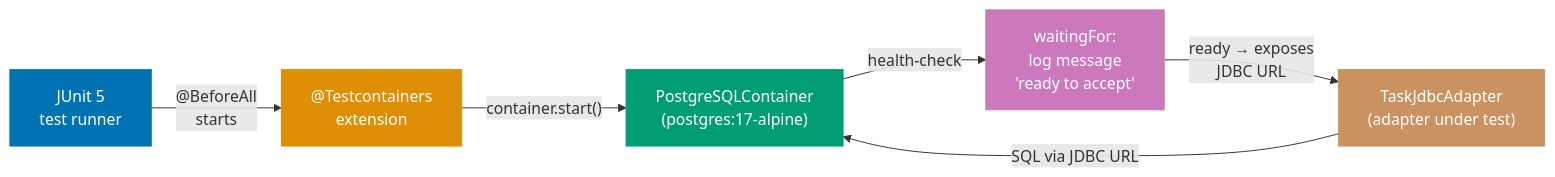
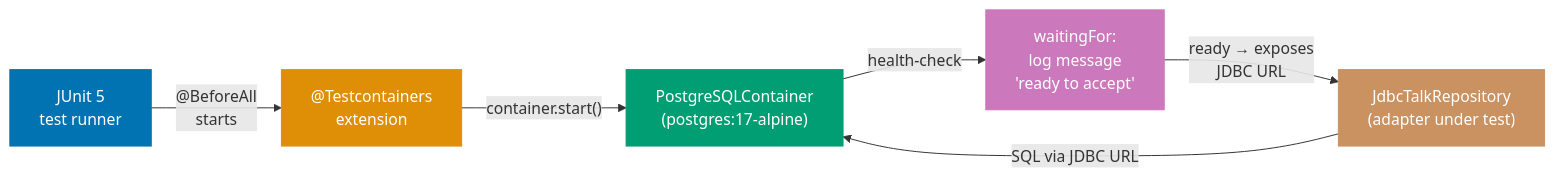
The first of 2 diagrams in apps/ayokoding-web/content/en/learn/software-engineering/architecture/ddd-hexagonal-in-practice/oop-in-the-field/advanced.md (wahidyankf/open-sharia-enterprise), drawn with Mermaid before and after one commit. The commit also changed other lines of this file and 11 other files, not shown here.

````diff
--- a/apps/ayokoding-web/content/en/learn/software-engineering/architecture/ddd-hexagonal-in-practice/oop-in-the-field/advanced.md
+++ b/apps/ayokoding-web/content/en/learn/software-engineering/architecture/ddd-hexagonal-in-practice/oop-in-the-field/advanced.md
@@ -84,20 +93,20 @@
 ```mermaid
 flowchart LR
     jvm["JUnit 5\ntest runner"]:::blue
     tc["@Testcontainers\nextension"]:::orange
     pg["PostgreSQLContainer\n(postgres:17-alpine)"]:::teal
     probe["waitingFor:\nlog message\n'ready to accept'"]:::purple
-    adapter["TaskJdbcAdapter\n(adapter under test)"]:::brown
+    adapter["JdbcTalkRepository\n(adapter under test)"]:::brown
 
     jvm -->|"@BeforeAll\nstarts"| tc
     tc -->|"container.start()"| pg
     pg -->|"health-check"| probe
     probe -->|"ready → exposes\nJDBC URL"| adapter
     adapter -->|"SQL via JDBC URL"| pg
 
     classDef blue fill:#0173B2,color:#fff,stroke:#0173B2
     classDef orange fill:#DE8F05,color:#fff,stroke:#DE8F05
     classDef teal fill:#029E73,color:#fff,stroke:#029E73
     classDef purple fill:#CC78BC,color:#fff,stroke:#CC78BC
     classDef brown fill:#CA9161,color:#fff,stroke:#CA9161
 ```
````
